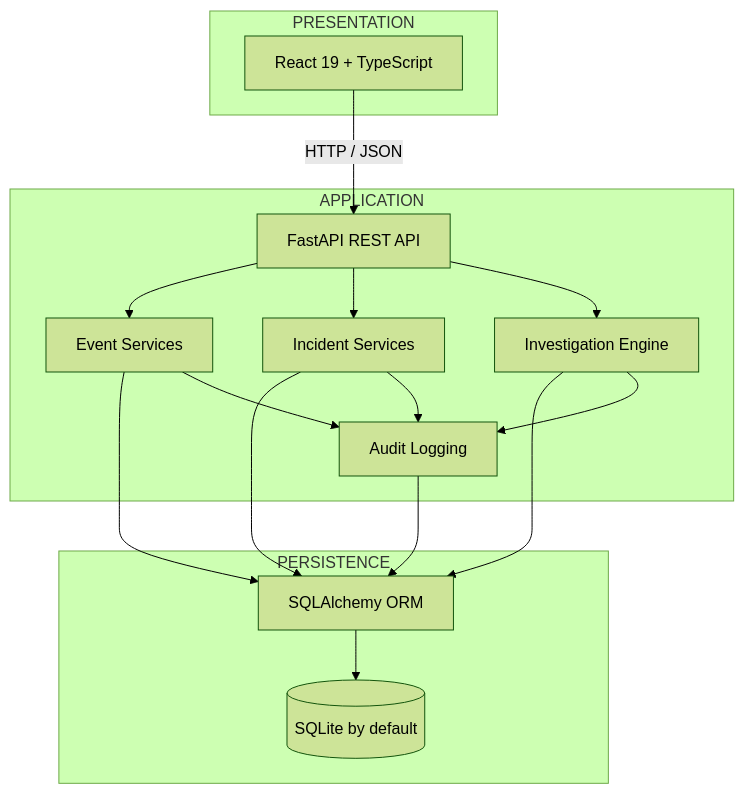
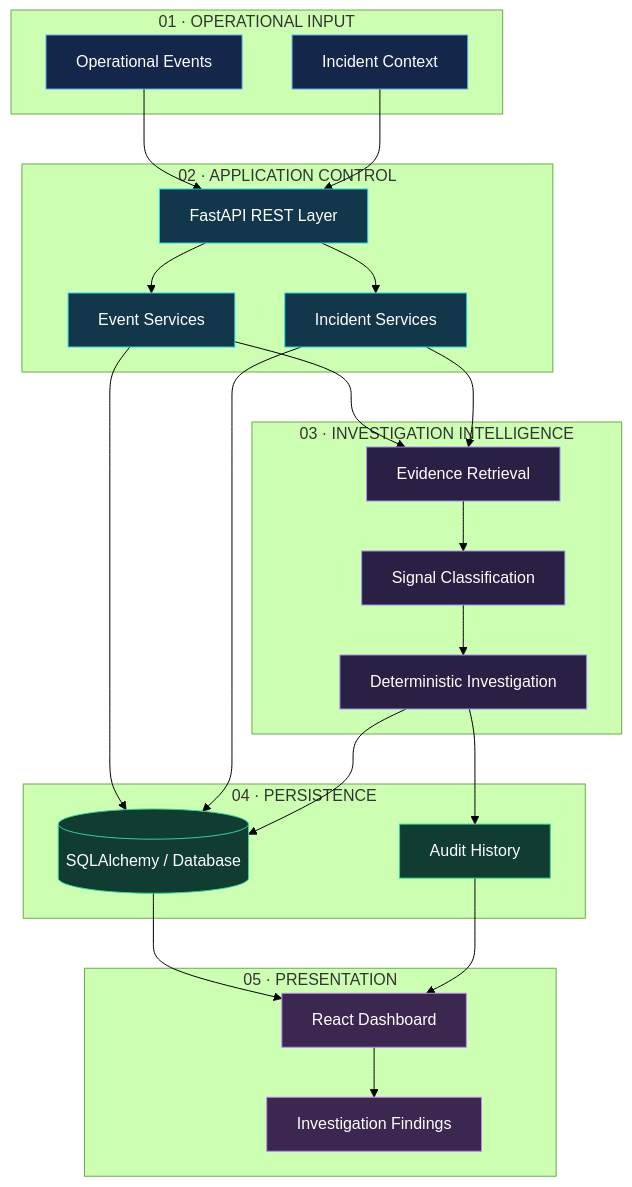
One commit to akankshad1712/opspilot-ai changed the first of 8 diagrams in README.md. Above: the diagram before and after it, drawn with Mermaid (forest theme). The commit also changed other lines of this file, not shown here.

````diff
--- a/README.md
+++ b/README.md
@@ -76,34 +71,57 @@
 ```mermaid
 flowchart TB
-    subgraph CLIENT["PRESENTATION"]
-        UI["React 19 + TypeScript"]
+    subgraph L1["01 · OPERATIONAL INPUT"]
+        A["Operational Events"]
+        B["Incident Context"]
     end
 
-    subgraph API["APPLICATION"]
-        REST["FastAPI REST API"]
-        EVENTS["Event Services"]
-        INCIDENTS["Incident Services"]
-        ENGINE["Investigation Engine"]
-        AUDIT["Audit Logging"]
+    subgraph L2["02 · APPLICATION CONTROL"]
+        C["FastAPI REST Layer"]
+        D["Event Services"]
+        E["Incident Services"]
     end
 
-    subgraph DATA["PERSISTENCE"]
-        ORM["SQLAlchemy ORM"]
-        DB[("SQLite by default")]
+    subgraph L3["03 · INVESTIGATION INTELLIGENCE"]
+        F["Evidence Retrieval"]
+        G["Signal Classification"]
+        H["Deterministic Investigation"]
     end
 
-    UI -->|"HTTP / JSON"| REST
-    REST --> EVENTS
-    REST --> INCIDENTS
-    REST --> ENGINE
+    subgraph L4["04 · PERSISTENCE"]
+        I[("SQLAlchemy / Database")]
+        J["Audit History"]
+    end
 
-    EVENTS --> ORM
-    INCIDENTS --> ORM
-    ENGINE --> ORM
-    AUDIT --> ORM
+    subgraph L5["05 · PRESENTATION"]
+        K["React Dashboard"]
+        M["Investigation Findings"]
+    end
 
-    ORM --> DB
-    EVENTS --> AUDIT
-    INCIDENTS --> AUDIT
-    ENGINE --> AUDIT
+    A --> C
+    B --> C
+    C --> D
+    C --> E
+    D --> I
+    E --> I
+    D --> F
+    E --> F
+    F --> G
+    G --> H
+    H --> I
+    H --> J
+    I --> K
+    J --> K
+    K --> M
+
+    classDef input fill:#14264A,stroke:#60A5FA,color:#FFFFFF
+    classDef control fill:#12374A,stroke:#22D3EE,color:#FFFFFF
+    classDef intelligence fill:#292044,stroke:#A78BFA,color:#FFFFFF
+    classDef storage fill:#103C32,stroke:#34D399,color:#FFFFFF
+    classDef presentation fill:#3B2750,stroke:#C084FC,color:#FFFFFF
+
+    class A,B input
+    class C,D,E control
+    class F,G,H intelligence
+    class I,J storage
+    class K,M presentation
 ```
````
